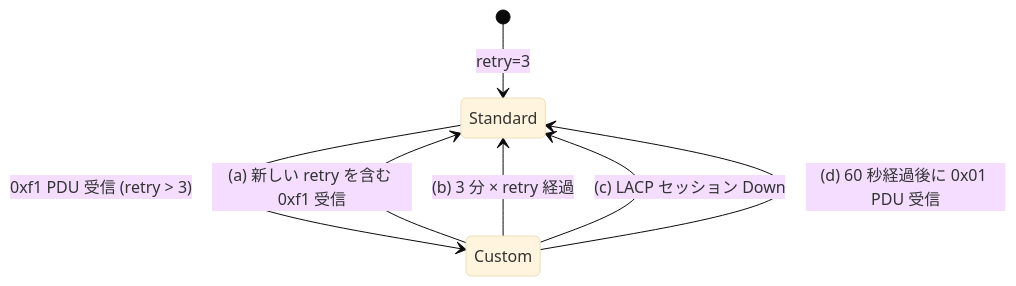
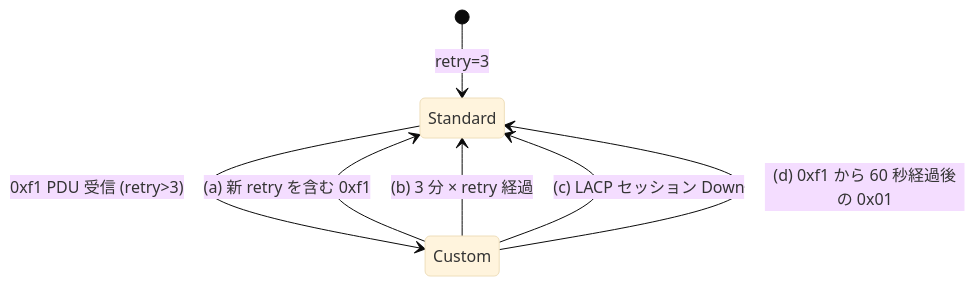
One commit to aoki-taquan/sonic-unofficial-docs changed the first of 2 diagrams in docs/switching/increasing-lacp-pdu-timeout-during-warm-reboot.md. Above: the diagram before and after it, drawn with Mermaid (base theme). The commit also changed other lines of this file and 7 other files, not shown here.

````diff
--- a/docs/switching/increasing-lacp-pdu-timeout-during-warm-reboot.md
+++ b/docs/switching/increasing-lacp-pdu-timeout-during-warm-reboot.md
@@ -66,9 +47,9 @@
 ```mermaid
 stateDiagram-v2
     [*] --> Standard: retry=3
-    Standard --> Custom: 0xf1 PDU 受信 (retry > 3)
-    Custom --> Standard: (a) 新しい retry を含む 0xf1 受信
+    Standard --> Custom: 0xf1 PDU 受信 (retry>3)
+    Custom --> Standard: (a) 新 retry を含む 0xf1
     Custom --> Standard: (b) 3 分 × retry 経過
     Custom --> Standard: (c) LACP セッション Down
-    Custom --> Standard: (d) 60 秒経過後に 0x01 PDU 受信
+    Custom --> Standard: (d) 0xf1 から 60 秒経過後の 0x01
 ```
````
